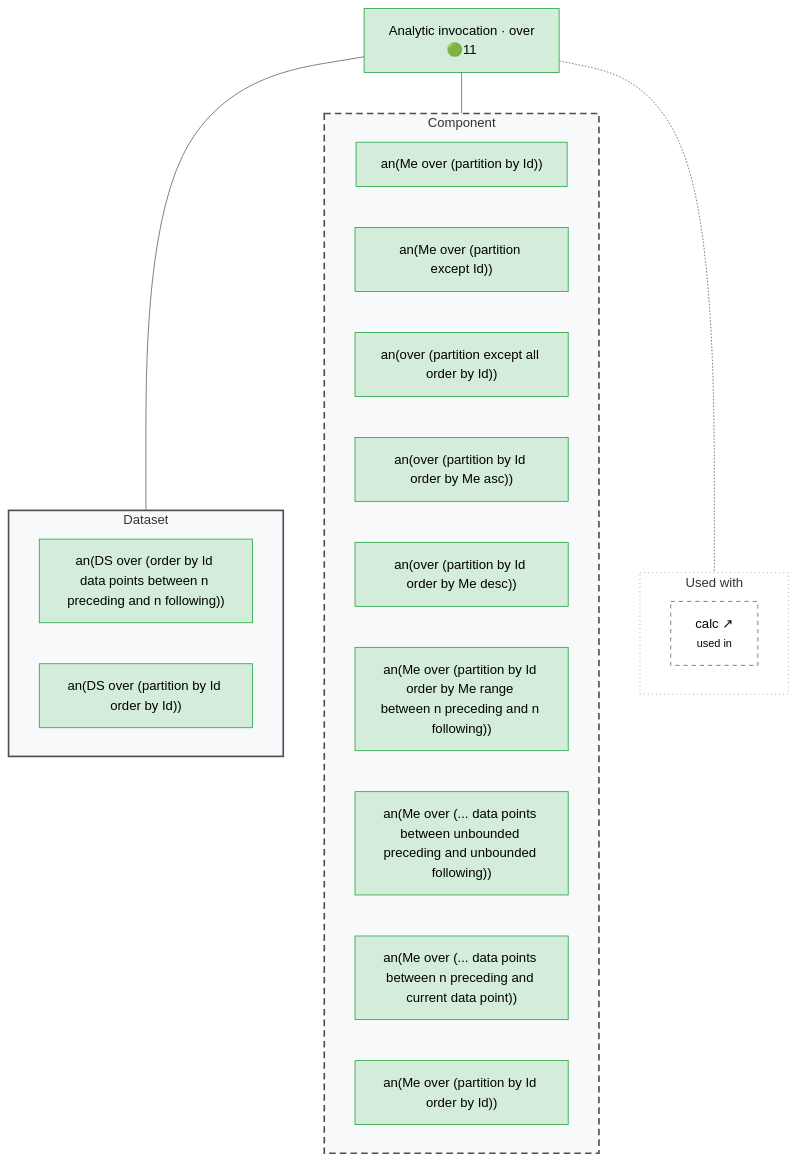
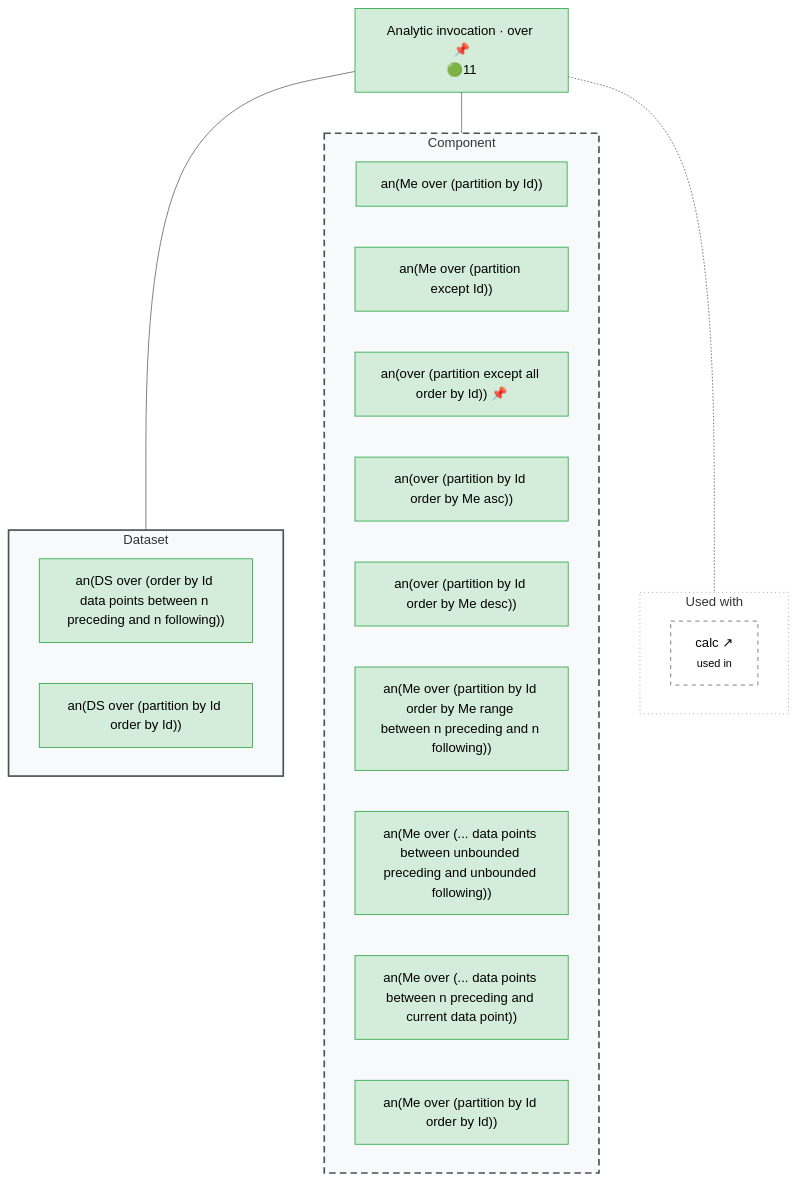
Before and after one commit to Meaningful-Data/vtlengine: the diagram in docs/operator_map/aggregate/analytic_invocation.rst, drawn with Mermaid (neutral theme). The commit also changed other lines of this file and 6 other files, not shown here.

```diff
--- a/docs/operator_map/aggregate/analytic_invocation.rst
+++ b/docs/operator_map/aggregate/analytic_invocation.rst
@@ -28,51 +28,51 @@
 .. mermaid::
    :config: {"flowchart": {"useMaxWidth": false}}
 
    flowchart TB
        classDef ok fill:#d4edda,stroke:#28a745,color:#000
        classDef partial fill:#fff3cd,stroke:#ffc107,color:#000
        classDef refused fill:#d4edda,stroke:#28a745,stroke-width:3px,stroke-dasharray: 2 2,color:#000
        classDef missing fill:#f8d7da,stroke:#dc3545,color:#000
        classDef diverge fill:#cce5ff,stroke:#007bff,color:#000
        classDef block fill:#2b3a4a,stroke:#2b3a4a,color:#fff,font-weight:bold
        classDef ext fill:#fff,stroke:#666,color:#000,stroke-dasharray: 5 5
-       O["Analytic invocation · over<br/>🟢11"]:::ok
+       O["Analytic invocation · over 📌<br/>🟢11"]:::ok
        subgraph G_ds["Dataset"]
            direction LR
            v_window_data_points["an(DS over (order by Id data points between n preceding and n following))"]:::ok
            v_window_default_ds["an(DS over (partition by Id order by Id))"]:::ok
        end
        subgraph G_comp["Component"]
            direction LR
            v_partition_by["an(Me over (partition by Id))"]:::ok
            v_partition_except["an(Me over (partition except Id))"]:::ok
-           v_partition_except_all["an(over (partition except all order by Id))"]:::ok
+           v_partition_except_all["an(over (partition except all order by Id)) 📌"]:::ok
            v_order_asc["an(over (partition by Id order by Me asc))"]:::ok
            v_order_desc["an(over (partition by Id order by Me desc))"]:::ok
            v_window_range["an(Me over (partition by Id order by Me range between n preceding and n following))"]:::ok
            v_window_unbounded["an(Me over (... data points between unbounded preceding and unbounded following))"]:::ok
            v_window_current["an(Me over (... data points between n preceding and current data point))"]:::ok
            v_window_default["an(Me over (partition by Id order by Id))"]:::ok
        end
        subgraph G_use["Used with"]
            direction LR
            used__clause__calc["calc ↗<br/><small>used in</small>"]:::ext
        end
        O --- G_ds
        O --- G_comp
        O -.- G_use
        style G_ds fill:#f8f9fa,stroke:#495057,stroke-width:2px
        style G_comp fill:#f8f9fa,stroke:#495057,stroke-width:2px,stroke-dasharray: 8 5
        style G_use fill:#ffffff,stroke:#868e96,stroke-width:1px,stroke-dasharray: 1 4
        click v_partition_by href "#form-partition-by"
        click v_partition_except href "#form-partition-except"
        click v_partition_except_all href "#form-partition-except-all"
        click v_order_asc href "#form-order-asc"
        click v_order_desc href "#form-order-desc"
        click v_window_data_points href "#form-window-data-points"
        click v_window_range href "#form-window-range"
        click v_window_unbounded href "#form-window-unbounded"
        click v_window_current href "#form-window-current"
        click v_window_default href "#form-window-default"
        click v_window_default_ds href "#form-window-default-ds"
        click used__clause__calc href "../clause/calc.html" "Calculation of a Component · calc"
```
